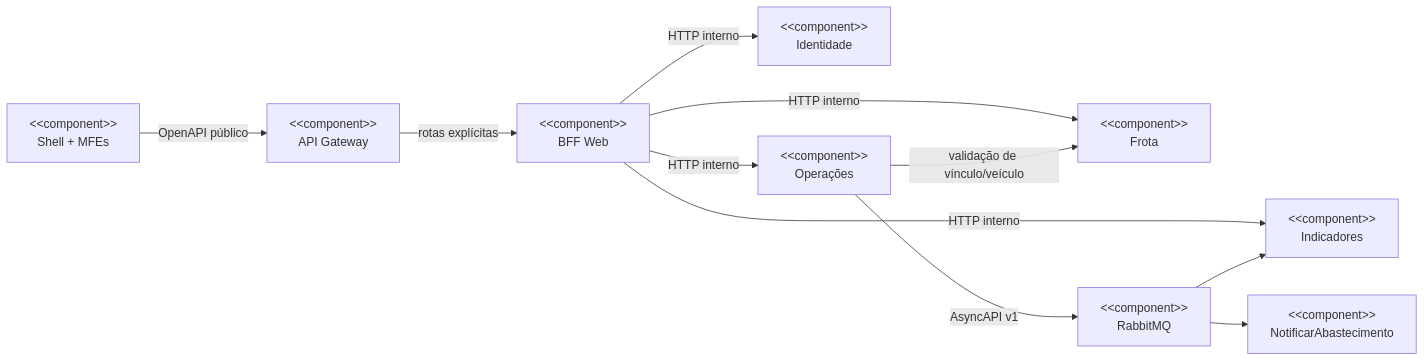
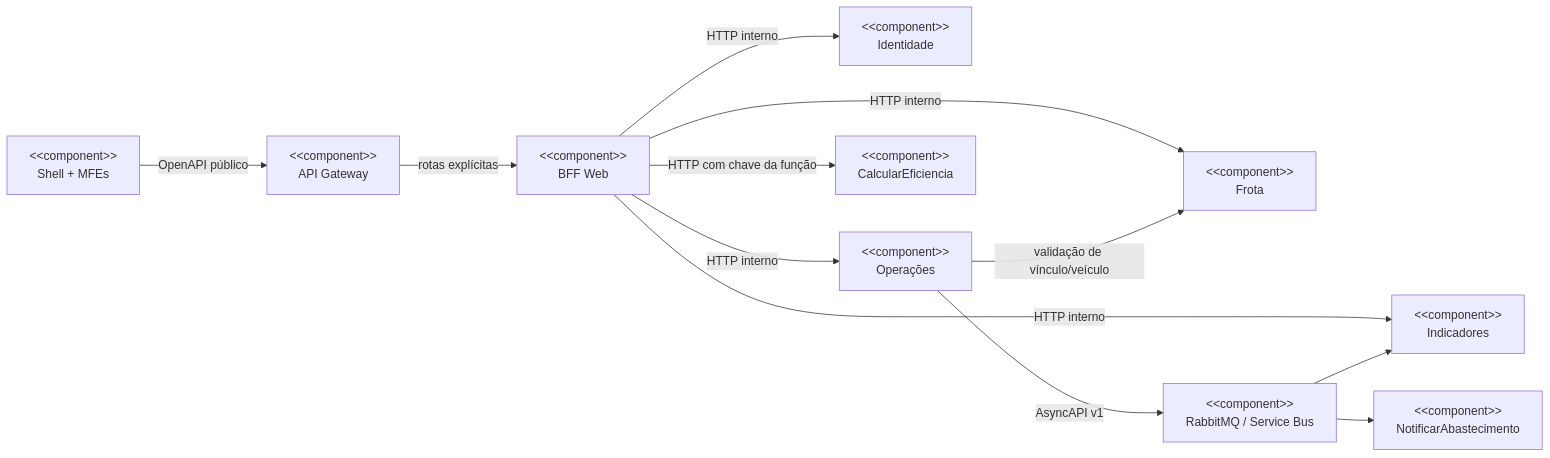
The fifth of 14 diagrams in docs/DIAGRAMAS-ARQUITETURA.md (mateusblm/nexfleet), drawn with Mermaid before and after one commit. The commit also changed other lines of this file, not shown here.

Commit message:
Diagramas da v1.0.0: Frota no MongoDB, demais serviços no Azure SQL por schema e visão consolidada

````diff
--- a/docs/DIAGRAMAS-ARQUITETURA.md
+++ b/docs/DIAGRAMAS-ARQUITETURA.md
@@ -204,23 +204,25 @@
 ```mermaid
 flowchart LR
   shell["&lt;&lt;component&gt;&gt;<br/>Shell + MFEs"]
   gateway["&lt;&lt;component&gt;&gt;<br/>API Gateway"]
   bff["&lt;&lt;component&gt;&gt;<br/>BFF Web"]
   identidade["&lt;&lt;component&gt;&gt;<br/>Identidade"]
   frota["&lt;&lt;component&gt;&gt;<br/>Frota"]
   operacoes["&lt;&lt;component&gt;&gt;<br/>Operações"]
   indicadores["&lt;&lt;component&gt;&gt;<br/>Indicadores"]
-  broker["&lt;&lt;component&gt;&gt;<br/>RabbitMQ"]
-  function["&lt;&lt;component&gt;&gt;<br/>NotificarAbastecimento"]
+  broker["&lt;&lt;component&gt;&gt;<br/>RabbitMQ / Service Bus"]
+  notificar["&lt;&lt;component&gt;&gt;<br/>NotificarAbastecimento"]
+  eficiencia["&lt;&lt;component&gt;&gt;<br/>CalcularEficiencia"]
 
   shell -->|OpenAPI público| gateway
   gateway -->|rotas explícitas| bff
   bff -->|HTTP interno| identidade
   bff -->|HTTP interno| frota
   bff -->|HTTP interno| operacoes
   bff -->|HTTP interno| indicadores
+  bff -->|HTTP com chave da função| eficiencia
   operacoes -->|validação de vínculo/veículo| frota
   operacoes -->|AsyncAPI v1| broker
   broker --> indicadores
-  broker --> function
+  broker --> notificar
 ```
````
